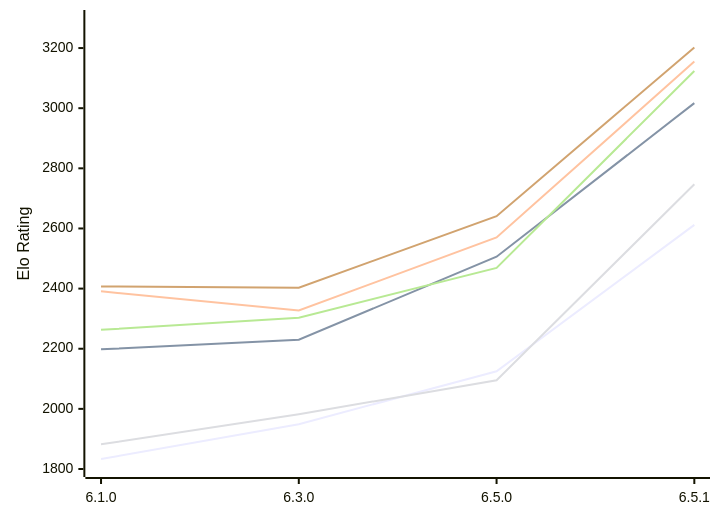
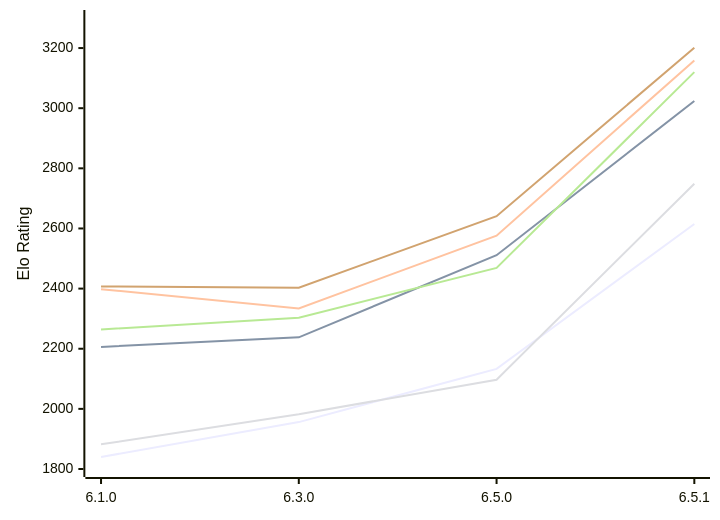
One commit to computer-chess-index/cci changed the diagram in engines/Luminex.md. Above: the diagram before and after it, drawn with Mermaid. The commit also changed other lines of this file, not shown here.

Commit message:
Update CCI Ratings (ELO VLTC) - 2026-11-10

````diff
--- a/engines/Luminex.md
+++ b/engines/Luminex.md
@@ -53,12 +53,12 @@
 ```mermaid
 %%{init: {"theme":"base","themeVariables":{"seriesColors:['#a3a3a3','#222221','#faa371']}}}%%
 xychart-beta
   x-axis ["6.1.0", "6.3.0", "6.5.0", "6.5.1"]
   y-axis "Elo Rating" 1800 --> 3300
-  line "E1: STC (8.0+0.08s)" [1833, 1949, 2125, 2612]
-  line "E1: LTC (60.0+0.60s)" [2198, 2230, 2506, 3017]
-  line "E1: VLTC (2m24s+1.12s)" [2391, 2327, 2570, 3155]
-  line "P1: STC (8.0+0.08s)" [1882, 1982, 2095, 2747]
-  line "P1: LTC (60.0+0.60s)" [2263, 2303, 2469, 3124]
-  line "P1: VLTC (2m24s+1.12s)" [2407, 2403, 2641, 3202]
+  line "E1: STC (8.0+0.08s)" [1840, 1956, 2133, 2615]
+  line "E1: LTC (60.0+0.60s)" [2206, 2238, 2511, 3024]
+  line "E1: VLTC (2m24s+1.12s)" [2398, 2334, 2576, 3159]
+  line "P1: STC (8.0+0.08s)" [1882, 1982, 2097, 2749]
+  line "P1: LTC (60.0+0.60s)" [2264, 2303, 2469, 3120]
+  line "P1: VLTC (2m24s+1.12s)" [2407, 2403, 2641, 3201]
 ```
````
